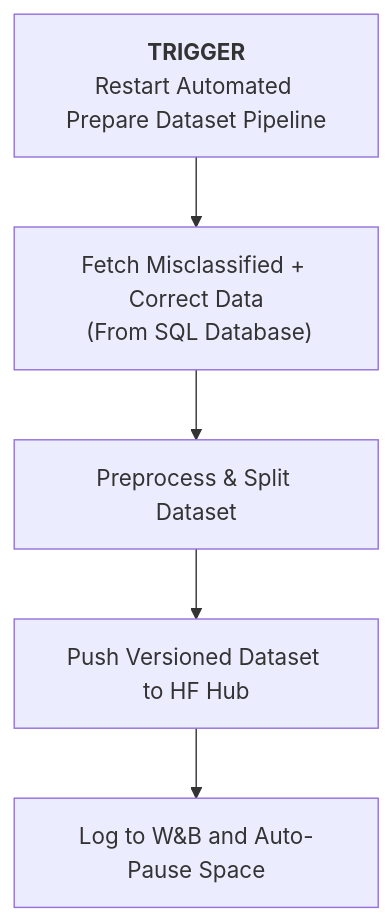
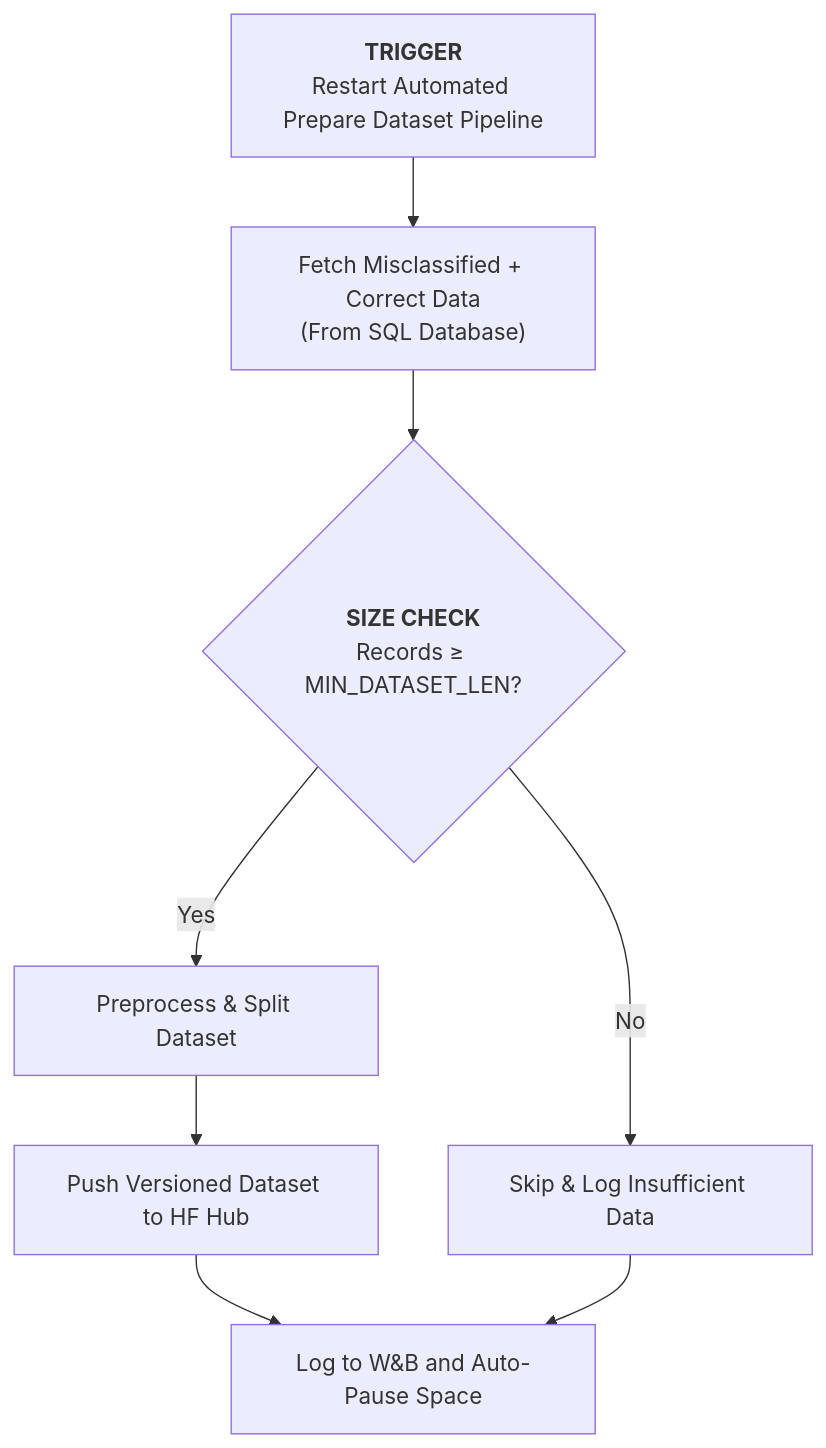
The first of 2 diagrams in README.md (fuseai-fellowship/Sambodhan-AI-Powered-Grievance-Redressal-System-for-Local-Governance), drawn with Mermaid before and after one commit. The commit also changed other lines of this file, not shown here.

Commit message:
docs: enhance dataset preparation pipeline diagram with size check and logging details

````diff
--- a/README.md
+++ b/README.md
@@ -220,7 +220,11 @@
 ```mermaid
 flowchart TD
-    A["<b>TRIGGER</b><br>Restart Automated Prepare Dataset Pipeline"] --> B["Fetch Misclassified + Correct Data</br> (From SQL Database)"]
-    B --> C["Preprocess & Split Dataset"]
-    C --> D["Push Versioned Dataset to HF Hub"]
-    D --> E["Log to W&B and Auto-Pause Space"]
+    A["<b>TRIGGER</b><br>Restart Automated Prepare Dataset Pipeline"] --> B["Fetch Misclassified + Correct Data<br>(From SQL Database)"]
+    B --> C{"<b>SIZE CHECK</b><br>Records ≥ MIN_DATASET_LEN?"}
+    C -->|Yes| D["Preprocess & Split Dataset"]
+    C -->|No| F["Skip & Log Insufficient Data"]
+    D --> G["Push Versioned Dataset to HF Hub"]
+    G --> H["Log to W&B and Auto-Pause Space"]
+    F --> H
+
 ```
````
